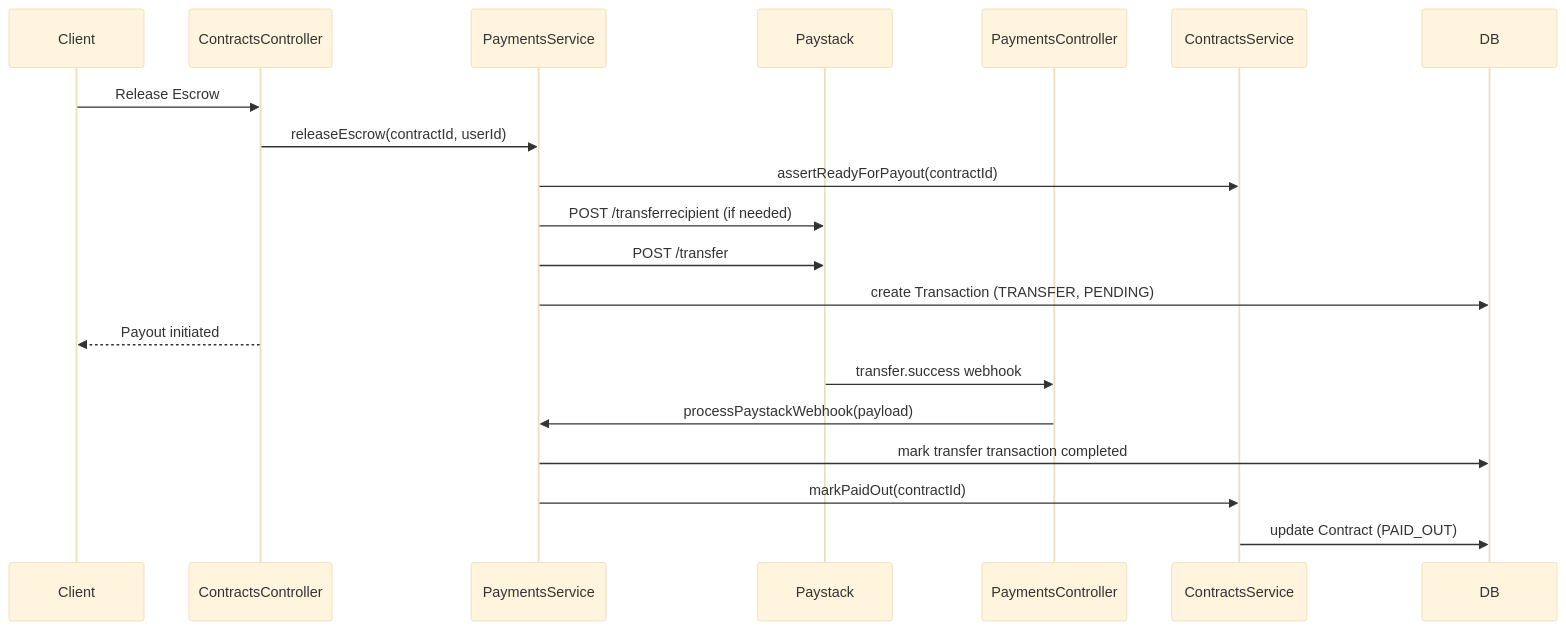
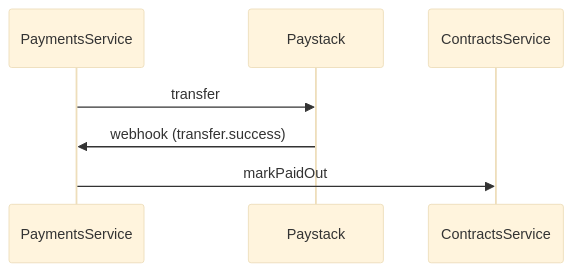
One commit to Anaspropro/worksure-server changed the fourth of 5 diagrams in README.md. Above: the diagram before and after it, drawn with Mermaid (base theme). The commit also changed other lines of this file and 32 other files, not shown here.

````diff
--- a/README.md
+++ b/README.md
@@ -136,24 +375,10 @@
 ```mermaid
 sequenceDiagram
-    participant Client
-    participant ContractsController
     participant PaymentsService
     participant Paystack
-    participant PaymentsController
     participant ContractsService
-    participant DB
 
-    Client->>ContractsController: Release Escrow
-    ContractsController->>PaymentsService: releaseEscrow(contractId, userId)
-    PaymentsService->>ContractsService: assertReadyForPayout(contractId)
-    PaymentsService->>Paystack: POST /transferrecipient (if needed)
-    PaymentsService->>Paystack: POST /transfer
-    PaymentsService->>DB: create Transaction (TRANSFER, PENDING)
-    ContractsController-->>Client: Payout initiated
-
-    Paystack->>PaymentsController: transfer.success webhook
-    PaymentsController->>PaymentsService: processPaystackWebhook(payload)
-    PaymentsService->>DB: mark transfer transaction completed
-    PaymentsService->>ContractsService: markPaidOut(contractId)
-    ContractsService->>DB: update Contract (PAID_OUT)
+    PaymentsService->>Paystack: transfer
+    Paystack->>PaymentsService: webhook (transfer.success)
+    PaymentsService->>ContractsService: markPaidOut
 ```
````
